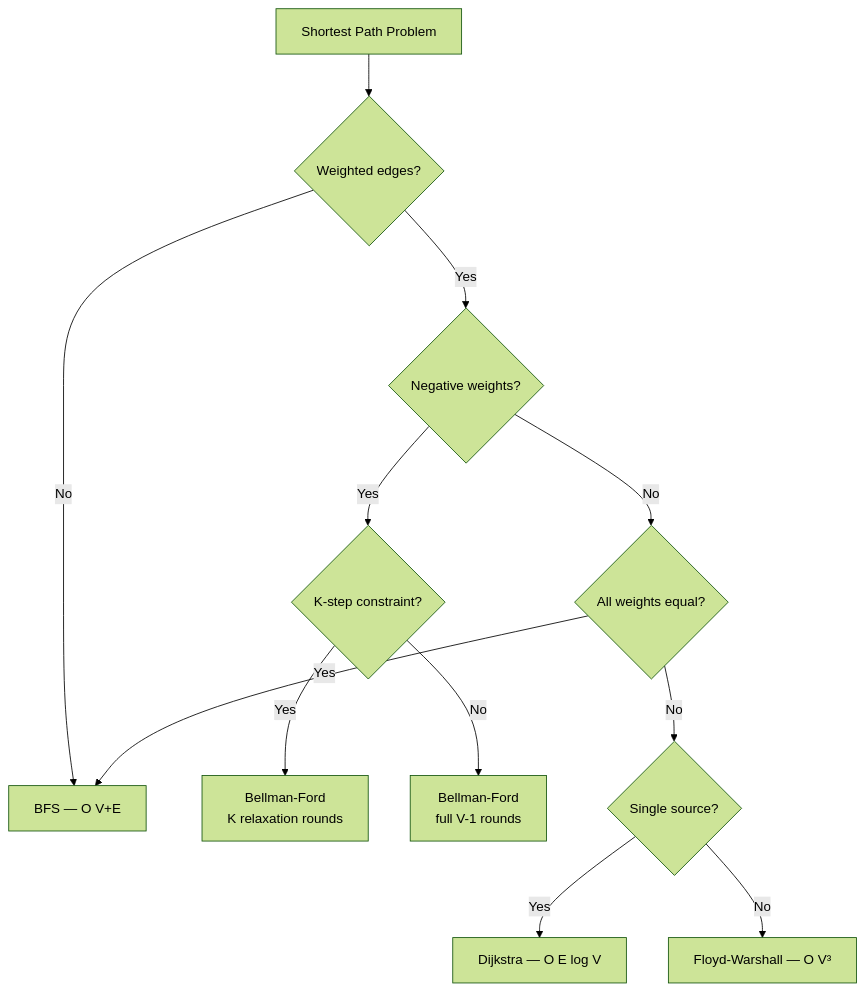
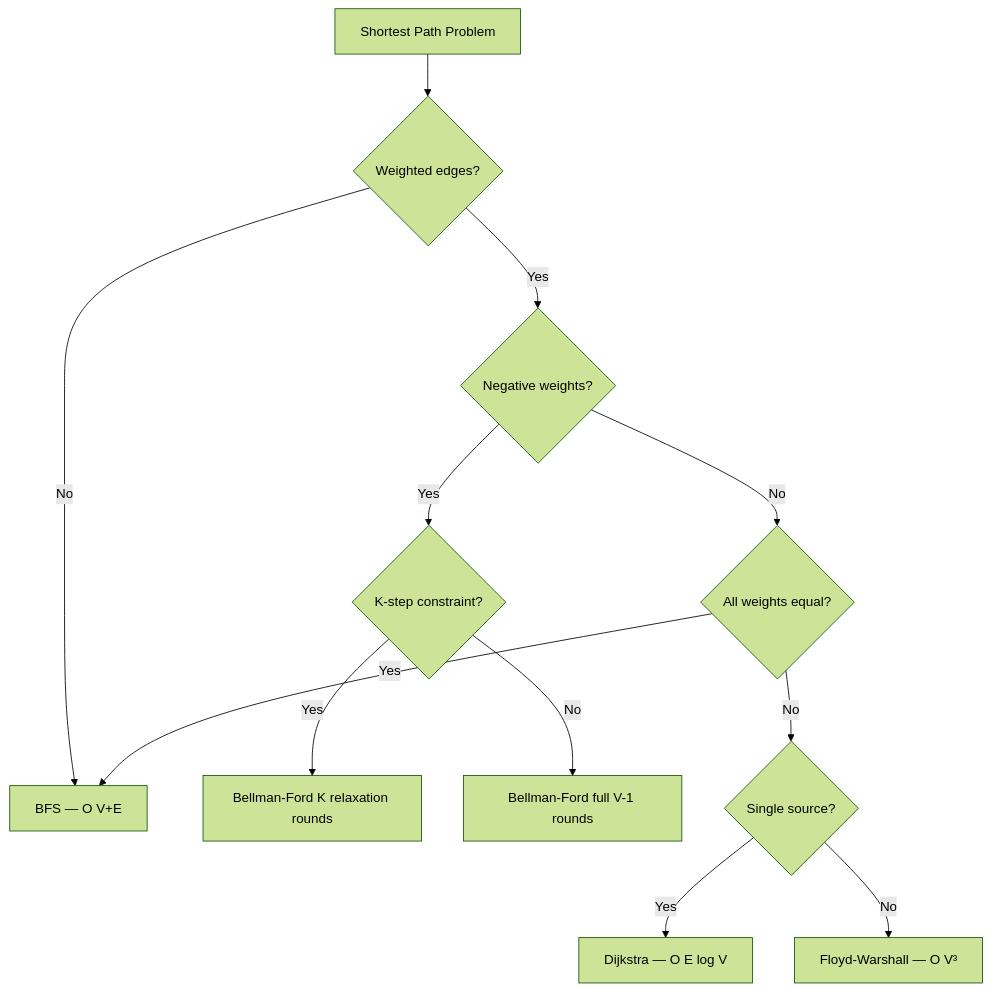
Before and after one commit to deepanshu-rawat6/AlgoAtlas: the second of 6 diagrams in advanced_graphs/README.md, drawn with Mermaid (forest theme). The commit also changed other lines of this file and 13 other files, not shown here.

````diff
--- a/advanced_graphs/README.md
+++ b/advanced_graphs/README.md
@@ -67,14 +67,14 @@
 ```mermaid
 flowchart TD
     A[Shortest Path Problem] --> B{"Weighted edges?"}
     B -->|No| C[BFS — O V+E]
     B -->|Yes| D{"Negative weights?"}
     D -->|Yes| E{"K-step constraint?"}
-    E -->|Yes| F[Bellman-Ford<br>K relaxation rounds]
-    E -->|No| G[Bellman-Ford<br>full V-1 rounds]
+    E -->|Yes| F[Bellman-Ford K relaxation rounds]
+    E -->|No| G[Bellman-Ford full V-1 rounds]
     D -->|No| H{"All weights equal?"}
     H -->|Yes| C
     H -->|No| I{"Single source?"}
     I -->|Yes| J[Dijkstra — O E log V]
     I -->|No| K[Floyd-Warshall — O V³]
 ```
````
